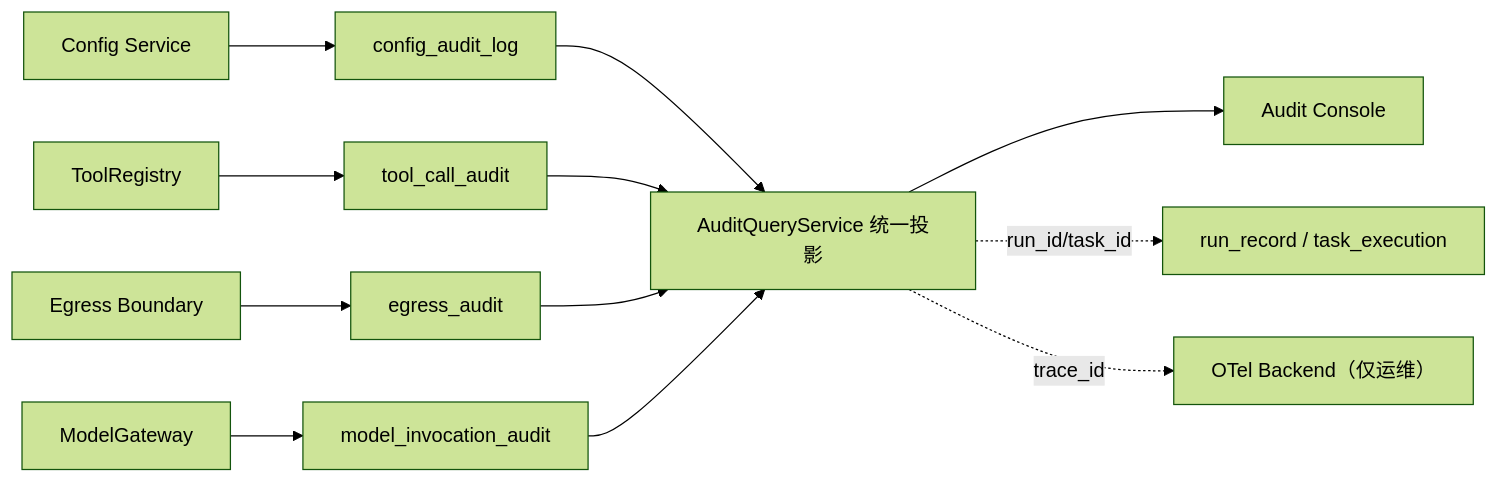
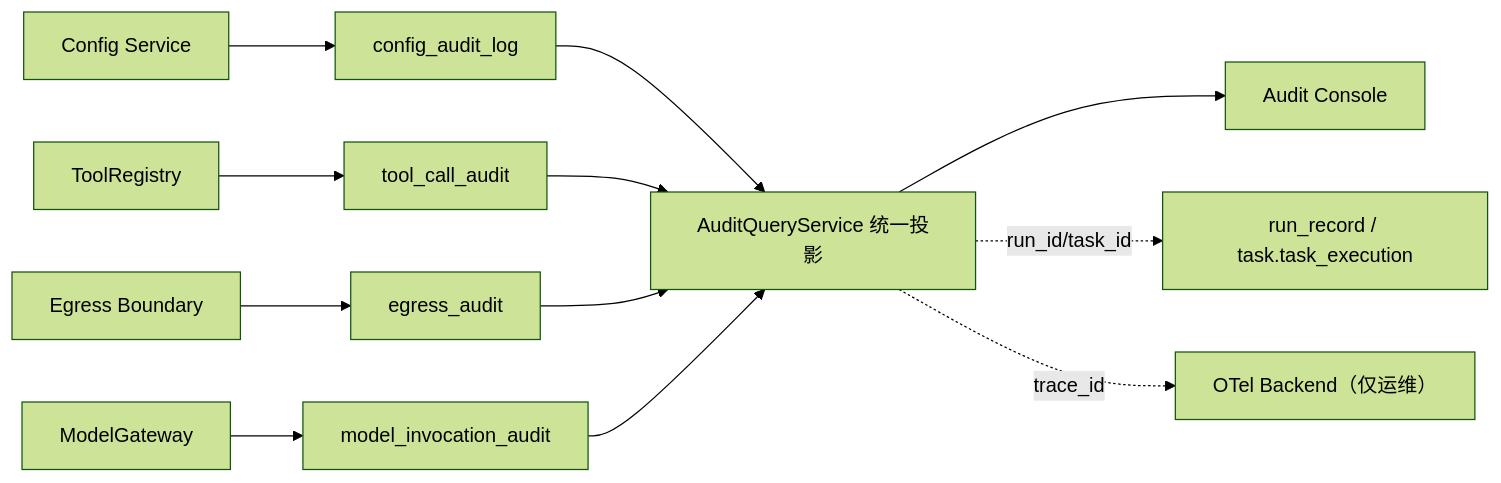
Before and after one commit to Michaelxwb/fluxion-harness: the first of 2 diagrams in .code-flow/tasks/2026-09-17/11-audit-observability/11-audit-observability.backend.design.md, drawn with Mermaid (forest theme). The commit also changed other lines of this file and 4 other files, not shown here.

````diff
--- a/.code-flow/tasks/2026-09-17/11-audit-observability/11-audit-observability.backend.design.md
+++ b/.code-flow/tasks/2026-09-17/11-audit-observability/11-audit-observability.backend.design.md
@@ -152,14 +154,14 @@
 ```mermaid
 flowchart LR
  CFG["Config Service"] --> A1["config_audit_log"]
  TOOL["ToolRegistry"] --> A2["tool_call_audit"]
  EGR["Egress Boundary"] --> A3["egress_audit"]
  MOD["ModelGateway"] --> A4["model_invocation_audit"]
  A1 --> Q["AuditQueryService 统一投影"]
  A2 --> Q
  A3 --> Q
  A4 --> Q
  Q --> UI["Audit Console"]
- Q -.->|run_id/task_id| RT["run_record / task_execution"]
+ Q -.->|run_id/task_id| RT["run_record / task.task_execution"]
  Q -.->|trace_id| OTEL["OTel Backend（仅运维）"]
 ```
````
